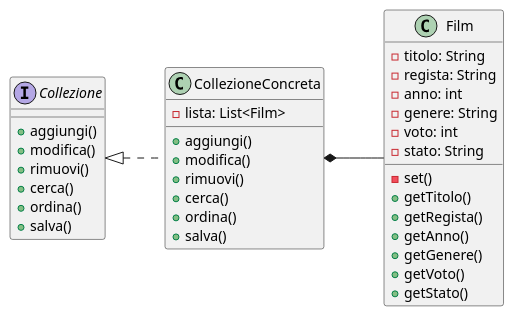
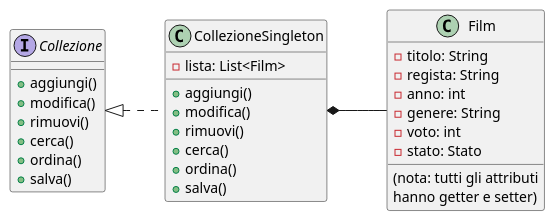
One commit to hamzakhoudmi/Progetto-Ingegneria-Software changed the diagram in src/class diagram di analisi.puml. Above: the diagram before and after it, drawn with PlantUML. The commit also changed 23 other files, not shown here.

```diff
--- a/src/class diagram di analisi.puml
+++ b/src/class diagram di analisi.puml
@@ -1,44 +1,38 @@
 @startuml
 
 class Film {
     -titolo: String
     -regista: String
     -anno: int
     -genere: String
     -voto: int
-    -stato: String
-
-    -set()
-    +getTitolo()
-    +getRegista()
-    +getAnno()
-    +getGenere()
-    +getVoto()
-    +getStato()
+    -stato: Stato
+    (nota: tutti gli attributi
+    hanno getter e setter)
 }
 
 interface Collezione {
     +aggiungi()
     +modifica()
     +rimuovi()
     +cerca()
     +ordina()
     +salva()
 }
 
-class CollezioneConcreta {
+class CollezioneSingleton {
     -lista: List<Film>
     +aggiungi()
     +modifica()
     +rimuovi()
     +cerca()
     +ordina()
     +salva()
 }
 
-Collezione <|.. CollezioneConcreta
-CollezioneConcreta *-- Film
+Collezione <|.. CollezioneSingleton
+CollezioneSingleton *-- Film
 
 left to right direction
 
 @enduml
```
